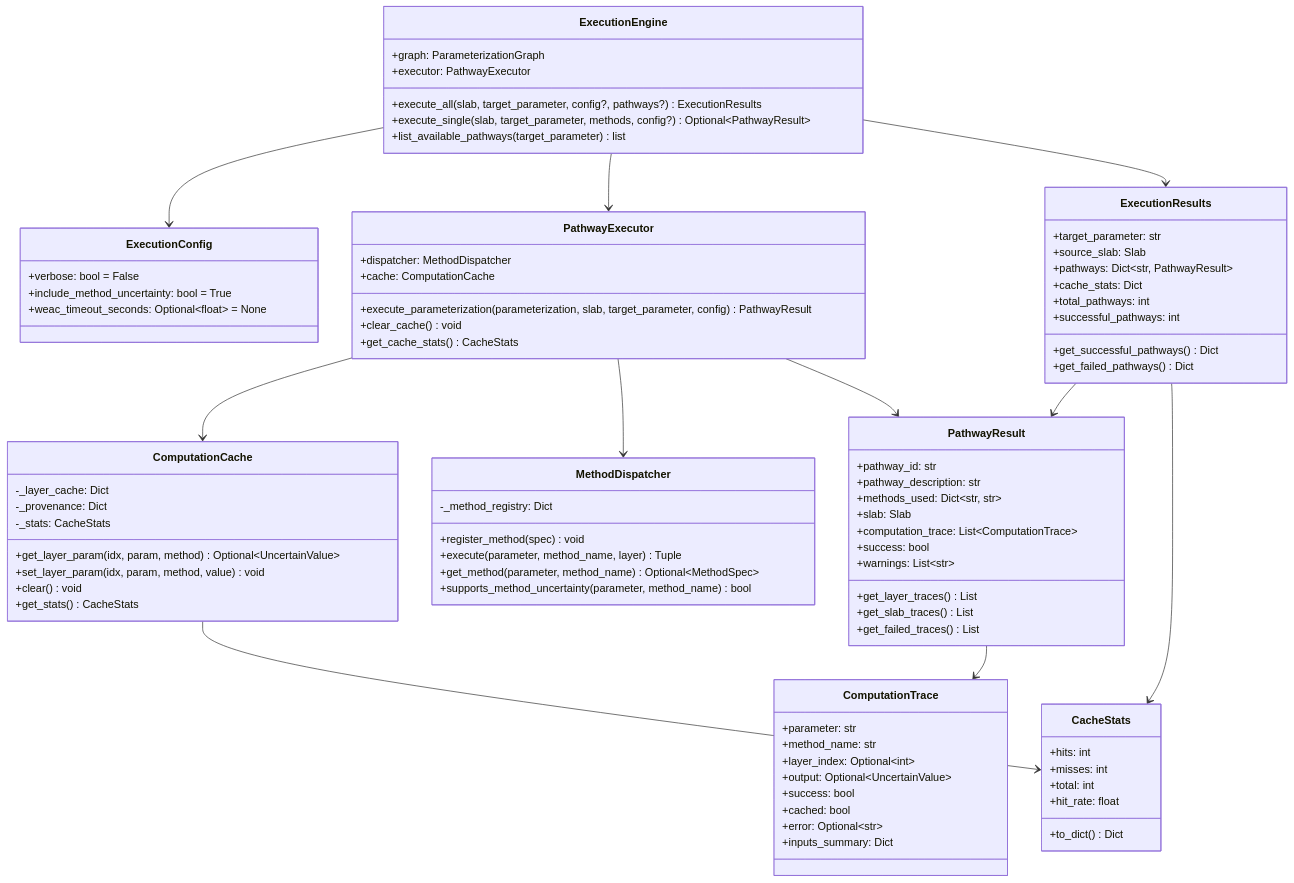
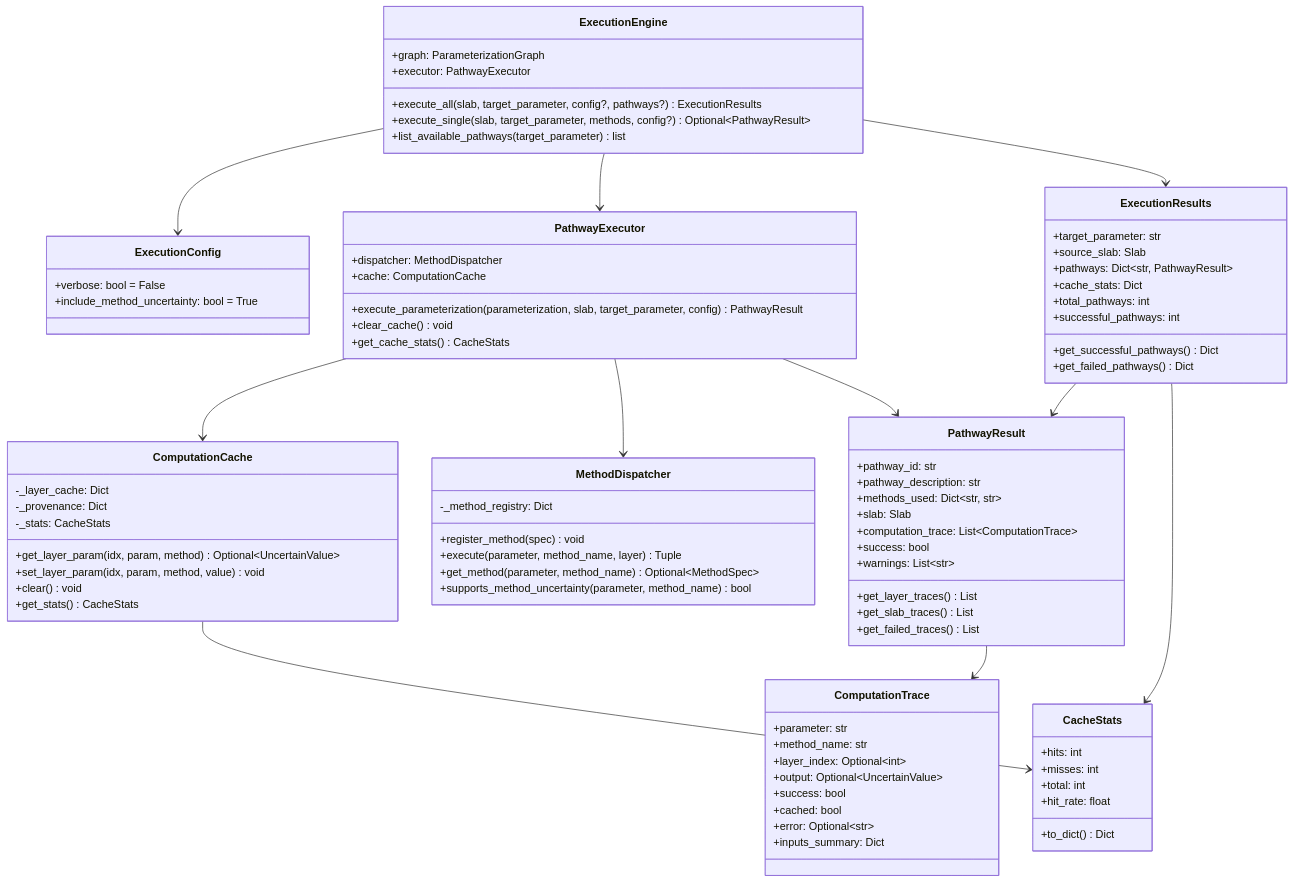
Before and after one commit to connellymk/SnowPyt-MechParams: the second of 7 diagrams in docs/execution_engine.md, drawn with Mermaid. The commit also changed other lines of this file and 16 other files, not shown here.

```diff
--- a/docs/execution_engine.md
+++ b/docs/execution_engine.md
@@ -126,7 +125,6 @@
     class ExecutionConfig {
         +verbose: bool = False
         +include_method_uncertainty: bool = True
-        +weac_timeout_seconds: Optional~float~ = None
     }
     
     class PathwayExecutor {
```
